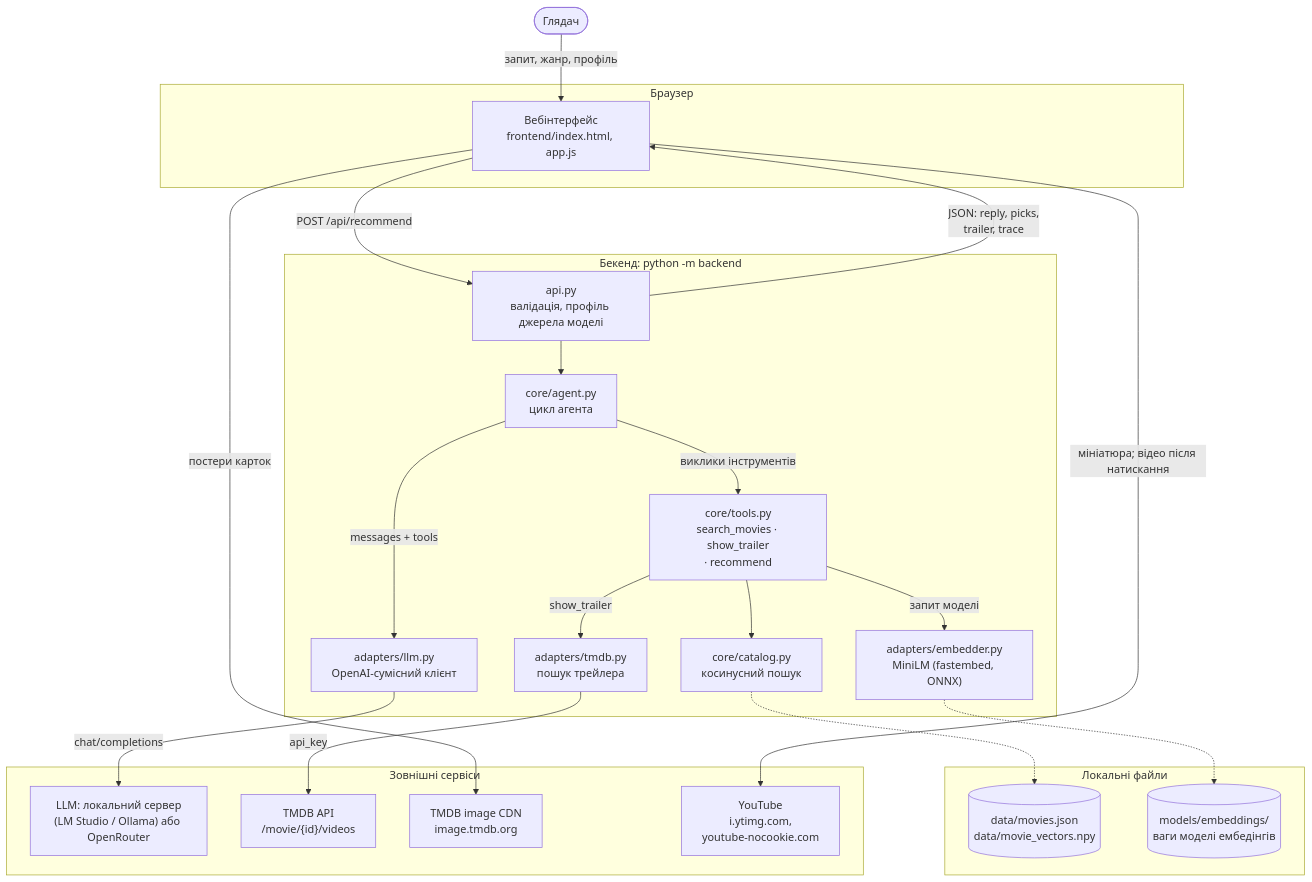
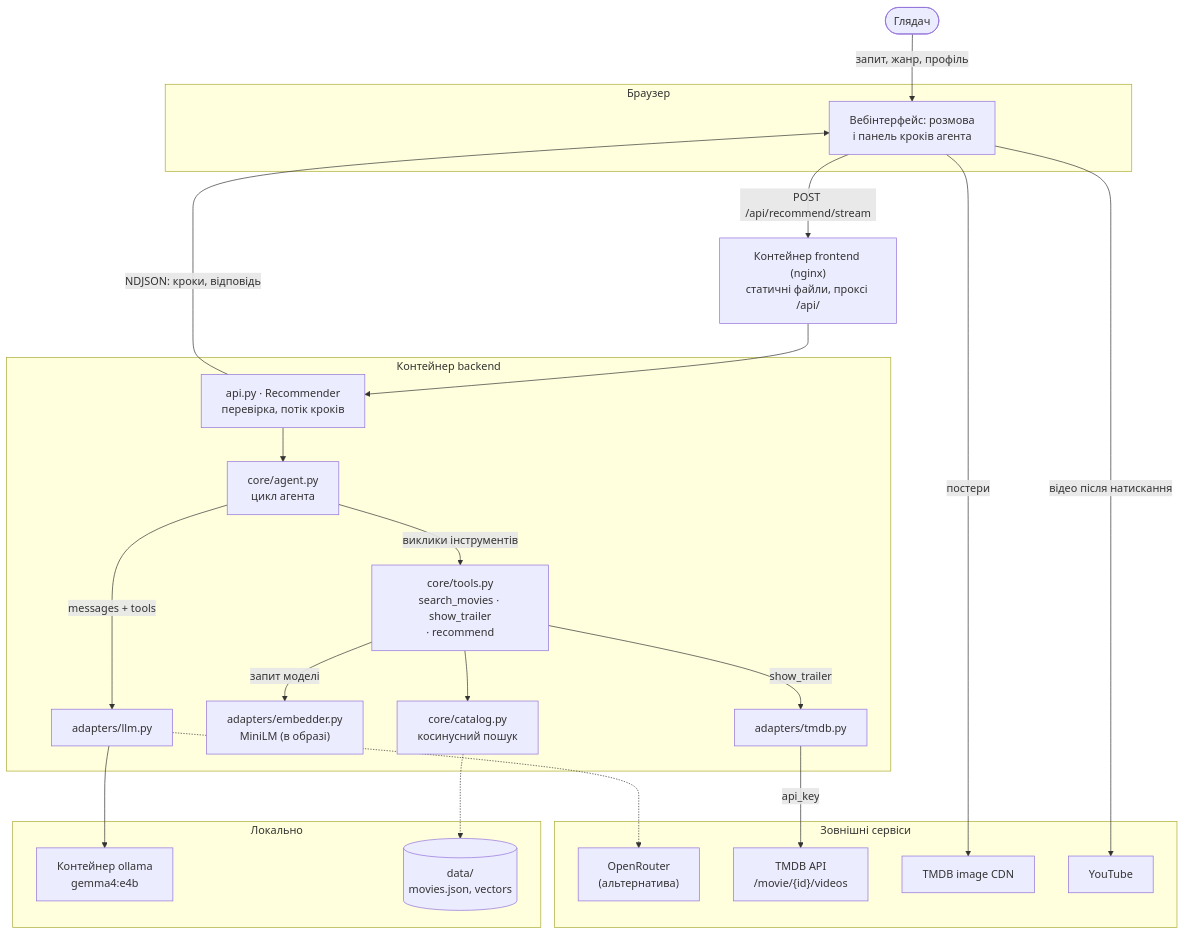
The first of 4 diagrams in docs/05-e2e-workflow.md (woldemarg/movie_rs), drawn with Mermaid before and after one commit. The commit also changed other lines of this file and 15 other files, not shown here.

````diff
--- a/docs/05-e2e-workflow.md
+++ b/docs/05-e2e-workflow.md
@@ -7,46 +7,49 @@
 ```mermaid
 flowchart TB
     viewer(["Глядач"])
 
     subgraph browser["Браузер"]
-        ui["Вебінтерфейс<br/>frontend/index.html, app.js"]
+        ui["Вебінтерфейс: розмова<br/>і панель кроків агента"]
     end
 
-    subgraph backend["Бекенд: python -m backend"]
-        api["api.py<br/>валідація, профіль джерела моделі"]
+    nginx["Контейнер frontend (nginx)<br/>статичні файли, проксі /api/"]
+
+    subgraph backend["Контейнер backend"]
+        api["api.py · Recommender<br/>перевірка, потік кроків"]
         agent["core/agent.py<br/>цикл агента"]
         tools["core/tools.py<br/>search_movies · show_trailer<br/>· recommend"]
         catalog["core/catalog.py<br/>косинусний пошук"]
-        embedder["adapters/embedder.py<br/>MiniLM (fastembed, ONNX)"]
-        llmc["adapters/llm.py<br/>OpenAI-сумісний клієнт"]
-        tmdbc["adapters/tmdb.py<br/>пошук трейлера"]
+        embedder["adapters/embedder.py<br/>MiniLM (в образі)"]
+        llmc["adapters/llm.py"]
+        tmdbc["adapters/tmdb.py"]
     end
 
-    subgraph files["Локальні файли"]
-        data[("data/movies.json<br/>data/movie_vectors.npy")]
-        model[("models/embeddings/<br/>ваги моделі ембедінгів")]
+    subgraph local["Локально"]
+        ollama["Контейнер ollama<br/>gemma4:e4b"]
+        data[("data/<br/>movies.json, vectors")]
     end
 
     subgraph external["Зовнішні сервіси"]
-        llm["LLM: локальний сервер<br/>(LM Studio / Ollama) або OpenRouter"]
+        or["OpenRouter<br/>(альтернатива)"]
         tmdbapi["TMDB API<br/>/movie/{id}/videos"]
-        cdn["TMDB image CDN<br/>image.tmdb.org"]
-        yt["YouTube<br/>i.ytimg.com,<br/>youtube-nocookie.com"]
+        cdn["TMDB image CDN"]
+        yt["YouTube"]
     end
 
     viewer -- "запит, жанр, профіль" --> ui
-    ui -- "POST /api/recommend" --> api
+    ui -- "POST /api/recommend/stream" --> nginx
+    nginx --> api
     api --> agent
     agent -- "messages + tools" --> llmc
-    llmc -- "chat/completions" --> llm
+    llmc --> ollama
+    llmc -.-> or
     agent -- "виклики інструментів" --> tools
     tools -- "запит моделі" --> embedder
-    embedder -.-> model
     tools --> catalog
     catalog -.-> data
     tools -- "show_trailer" --> tmdbc
     tmdbc -- "api_key" --> tmdbapi
-    api -- "JSON: reply, picks,<br/>trailer, trace" --> ui
-    ui -- "постери карток" --> cdn
-    ui -- "мініатюра; відео після натискання" --> yt
+    api -- "NDJSON: кроки, відповідь" --> ui
+    ui -- "постери" --> cdn
+    ui -- "відео після натискання" --> yt
 ```
````
